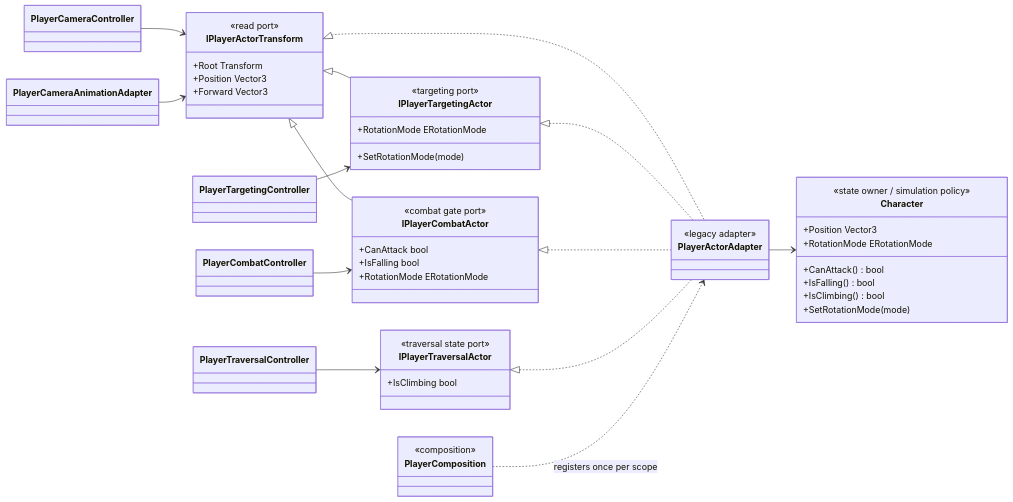
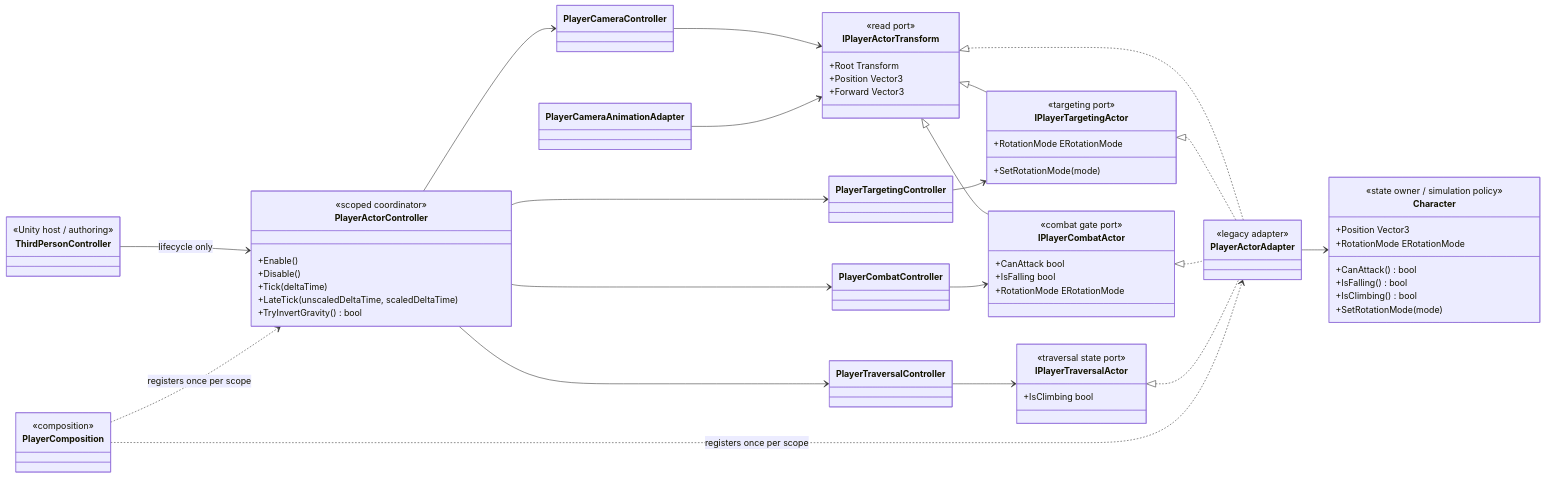
The first of 2 diagrams in Docs/Architecture/Player.ActorBoundary.md (MaximFonariuc/project-s), drawn with Mermaid before and after one commit. The commit also changed other lines of this file and 12535 other files, not shown here.

Commit message:
refactor core architecture and clean project assets

````diff
--- a/Docs/Architecture/Player.ActorBoundary.md
+++ b/Docs/Architecture/Player.ActorBoundary.md
@@ -11,60 +13,77 @@
 ```mermaid
 classDiagram
     direction LR
 
     class IPlayerActorTransform {
         <<read port>>
         +Root Transform
         +Position Vector3
         +Forward Vector3
     }
     class IPlayerTargetingActor {
         <<targeting port>>
         +RotationMode ERotationMode
         +SetRotationMode(mode)
     }
     class IPlayerCombatActor {
         <<combat gate port>>
         +CanAttack bool
         +IsFalling bool
         +RotationMode ERotationMode
     }
     class IPlayerTraversalActor {
         <<traversal state port>>
         +IsClimbing bool
     }
     class PlayerActorAdapter {
         <<legacy adapter>>
     }
     class Character {
         <<state owner / simulation policy>>
         +Position Vector3
         +RotationMode ERotationMode
         +CanAttack() bool
         +IsFalling() bool
         +IsClimbing() bool
         +SetRotationMode(mode)
     }
     class PlayerCameraController
     class PlayerCameraAnimationAdapter
     class PlayerTargetingController
     class PlayerCombatController
     class PlayerTraversalController
+    class PlayerActorController {
+        <<scoped coordinator>>
+        +Enable()
+        +Disable()
+        +Tick(deltaTime)
+        +LateTick(unscaledDeltaTime, scaledDeltaTime)
+        +TryInvertGravity() bool
+    }
+    class ThirdPersonController {
+        <<Unity host / authoring>>
+    }
     class PlayerComposition {
         <<composition>>
     }
 
     IPlayerActorTransform <|-- IPlayerTargetingActor
     IPlayerActorTransform <|-- IPlayerCombatActor
     IPlayerActorTransform <|.. PlayerActorAdapter
     IPlayerTargetingActor <|.. PlayerActorAdapter
     IPlayerCombatActor <|.. PlayerActorAdapter
     IPlayerTraversalActor <|.. PlayerActorAdapter
     PlayerActorAdapter --> Character
     PlayerCameraController --> IPlayerActorTransform
     PlayerCameraAnimationAdapter --> IPlayerActorTransform
     PlayerTargetingController --> IPlayerTargetingActor
     PlayerCombatController --> IPlayerCombatActor
     PlayerTraversalController --> IPlayerTraversalActor
+    ThirdPersonController --> PlayerActorController : lifecycle only
+    PlayerActorController --> PlayerCameraController
+    PlayerActorController --> PlayerTargetingController
+    PlayerActorController --> PlayerCombatController
+    PlayerActorController --> PlayerTraversalController
     PlayerComposition ..> PlayerActorAdapter : registers once per scope
+    PlayerComposition ..> PlayerActorController : registers once per scope
 ```
````
